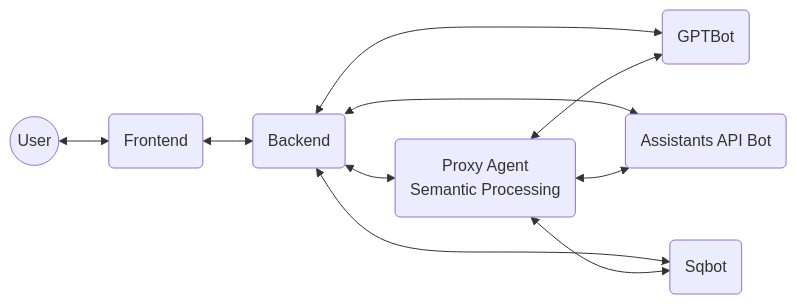
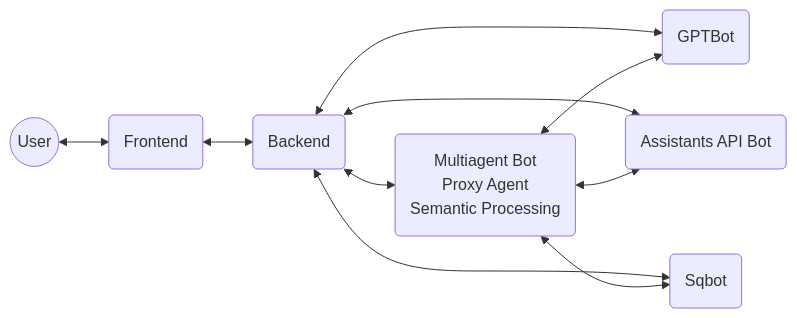
The diagram in README.md (msalemor/adventureworks-viewer-ai), drawn with Mermaid before and after one commit.

````diff
--- a/README.md
+++ b/README.md
@@ -7,12 +7,12 @@
 ```mermaid
 graph LR;
   A((User))<-->F(Frontend)
   F<-->B(Backend)
   B<-->O(GPTBot)
   B<-->Asst(Assistants API Bot)
   B<-->SQL(Sqbot)
-  B<-->M(Proxy Agent<br/>Semantic Processing)
+  B<-->M(Multiagent Bot<br/>Proxy Agent<br/>Semantic Processing)
   M<-->O
   M<-->SQL
   M<-->Asst
 ```
````
